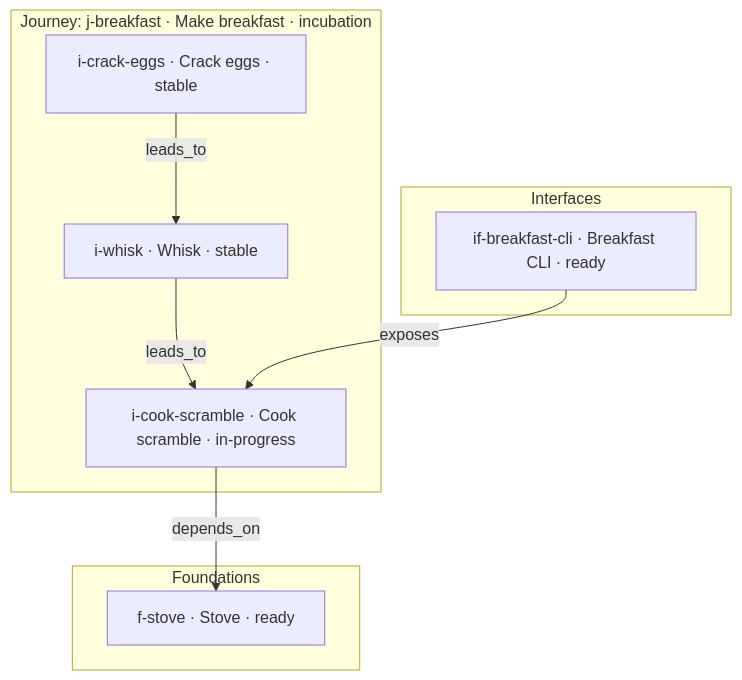
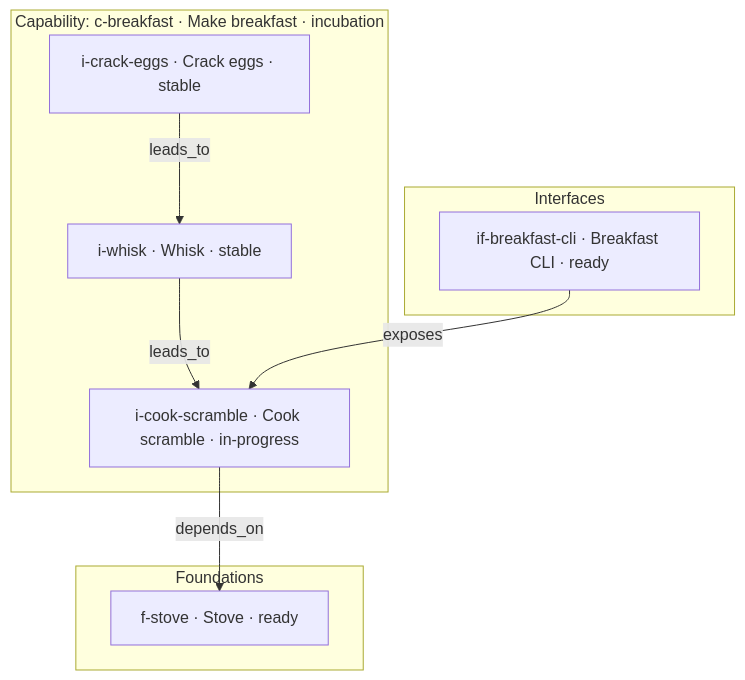
Before and after one commit to nbiro/mindplan: the diagram in README.md, drawn with Mermaid. The commit also changed other lines of this file and 85 other files, not shown here.

First line of the commit message:
Rename the Journey type to Capability and add established equivalents (0.17.0)

````diff
--- a/README.md
+++ b/README.md
@@ -56,18 +58,18 @@
 ```mermaid
 flowchart TB
-  subgraph jBreakfast ["Journey: j-breakfast · Make breakfast · incubation"]
+  subgraph cBreakfast ["Capability: c-breakfast · Make breakfast · incubation"]
     iCrack["i-crack-eggs · Crack eggs · stable"]
     iWhisk["i-whisk · Whisk · stable"]
     iCook["i-cook-scramble · Cook scramble · in-progress"]
   end
   subgraph foundations ["Foundations"]
     fStove["f-stove · Stove · ready"]
   end
   subgraph interfaces ["Interfaces"]
     ifCli["if-breakfast-cli · Breakfast CLI · ready"]
   end
   iCrack -->|"leads_to"| iWhisk
   iWhisk -->|"leads_to"| iCook
   iCook -->|"depends_on"| fStove
   ifCli -->|"exposes"| iCook
 ```
````
